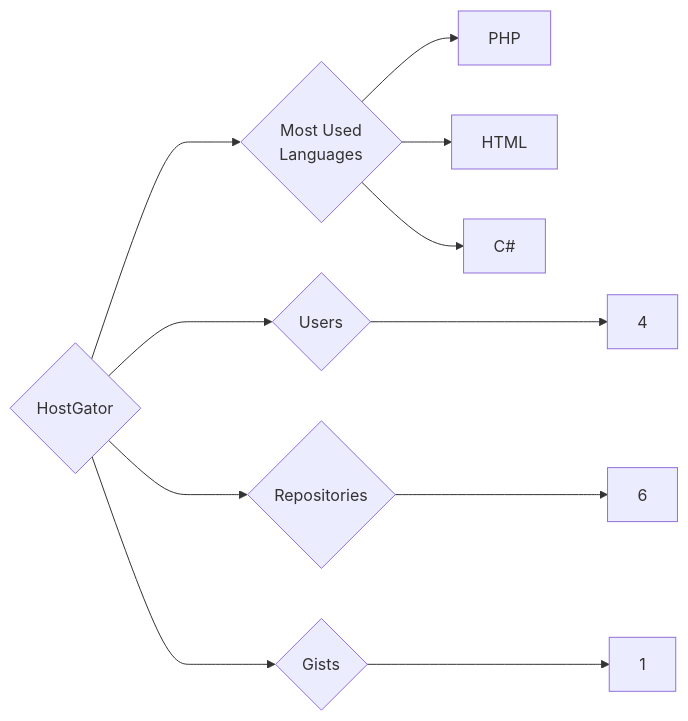
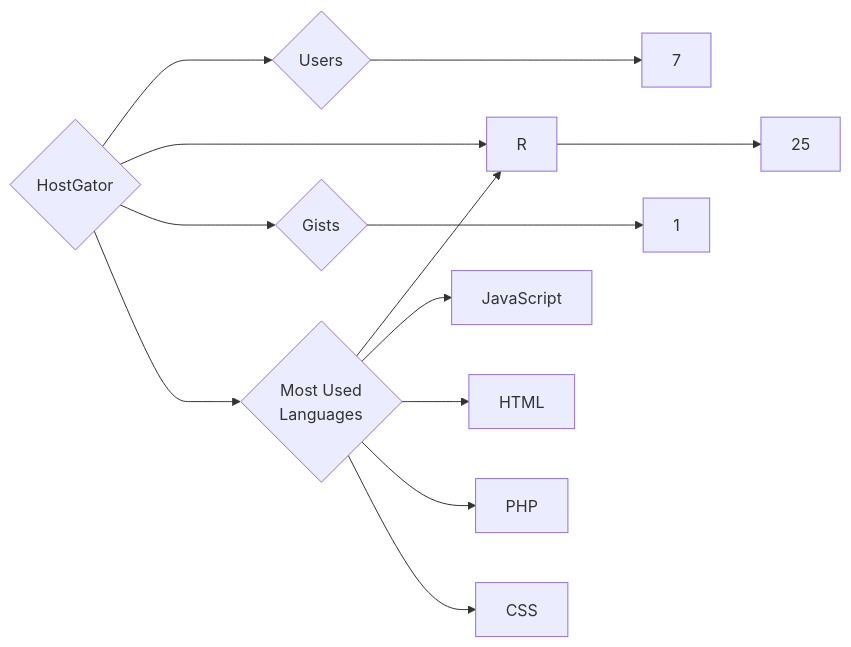
One commit to trickest/insiders changed the diagram in targets/HostGator/README.md. Above: the diagram before and after it, drawn with Mermaid. The commit also changed 1089 other files, not shown here.

````diff
--- a/targets/HostGator/README.md
+++ b/targets/HostGator/README.md
@@ -3,11 +3,13 @@
 ```mermaid
 graph LR
 COMPANY_NAME{HostGator}
-COMPANY_NAME ---> U{Users} ---> UN[4]
-COMPANY_NAME ---> R{Repositories} ---> RN[6]
+COMPANY_NAME ---> U{Users} ---> UN[7]
+COMPANY_NAME ---> R{Repositories} ---> RN[25]
 COMPANY_NAME ---> G{Gists} ---> GN[1]
 COMPANY_NAME ---> ML{Most Used<br>Languages}
+ML --> R[R]
+ML --> JavaScript[JavaScript]
+ML --> HTML[HTML]
 ML --> PHP[PHP]
-ML --> HTML[HTML]
-ML --> C#[C#]
+ML --> CSS[CSS]
 ```
````
